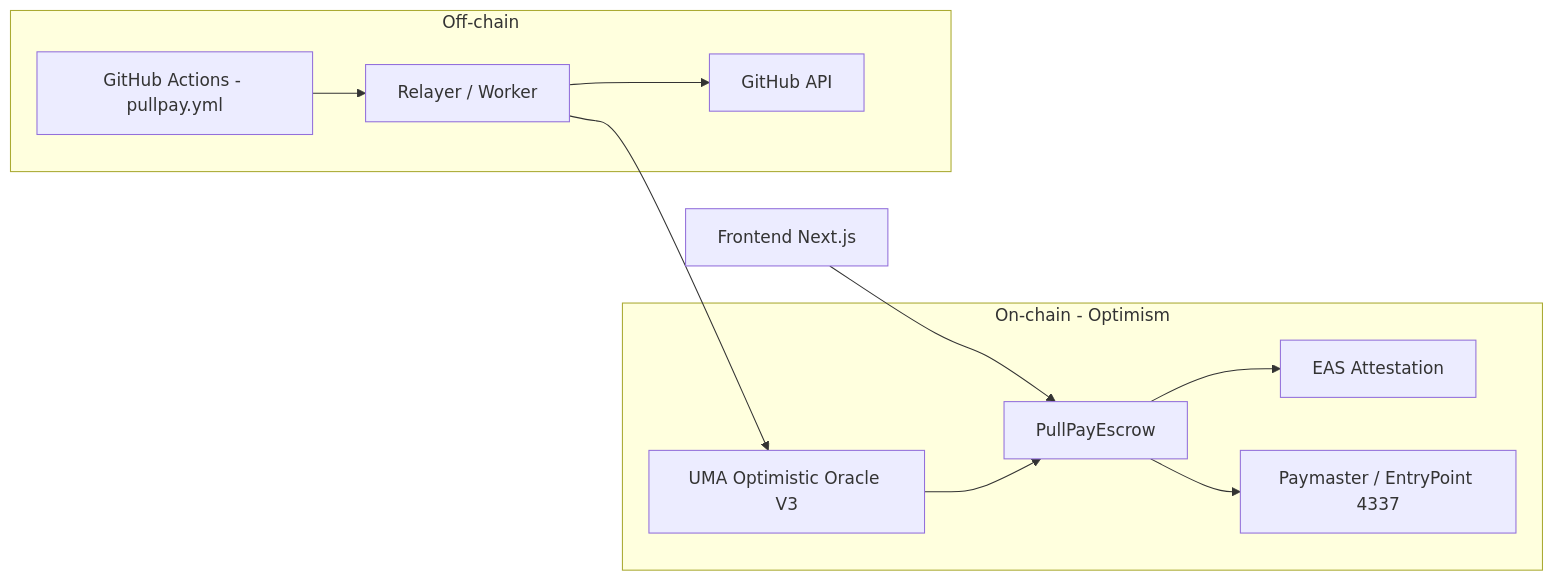
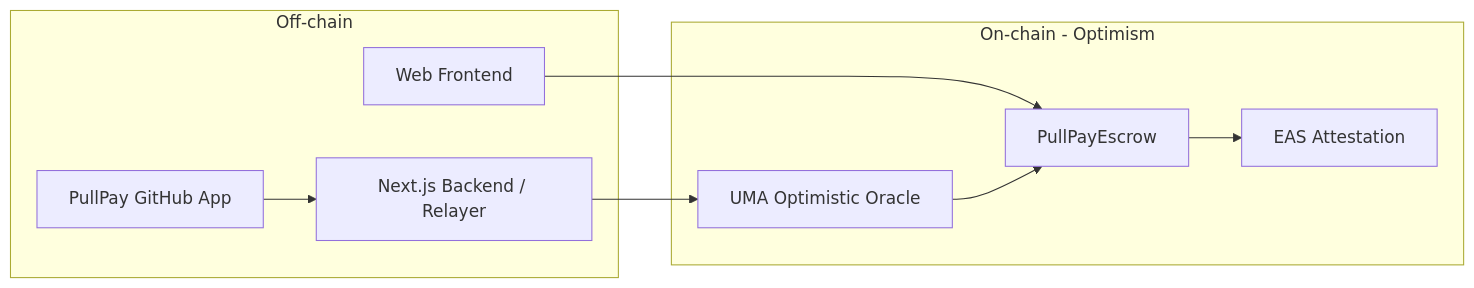
Before and after one commit to irham3/pullpay: the second of 2 diagrams in README.md, drawn with Mermaid. The commit also changed other lines of this file, not shown here.

Commit message:
Update README.md to reflect new GitHub App integration and focus on product features

````diff
--- a/README.md
+++ b/README.md
@@ -61,21 +71,18 @@
 ```mermaid
 flowchart LR
     subgraph OnChain[On-chain - Optimism]
         ESC[PullPayEscrow]
-        UMA[UMA Optimistic Oracle V3]
+        UMA[UMA Optimistic Oracle]
         EAS[EAS Attestation]
-        PM[Paymaster / EntryPoint 4337]
     end
     subgraph OffChain[Off-chain]
-        GA[GitHub Actions - pullpay.yml]
-        REL[Relayer / Worker]
-        API[GitHub API]
+        GH[PullPay GitHub App]
+        API[Next.js Backend / Relayer]
+        UI[Web Frontend]
     end
-    FE[Frontend Next.js] --> ESC
-    GA --> REL
-    REL --> API
-    REL --> UMA
+    UI --> ESC
+    GH --> API
+    API --> UMA
     UMA --> ESC
     ESC --> EAS
-    ESC --> PM
 ```
````
